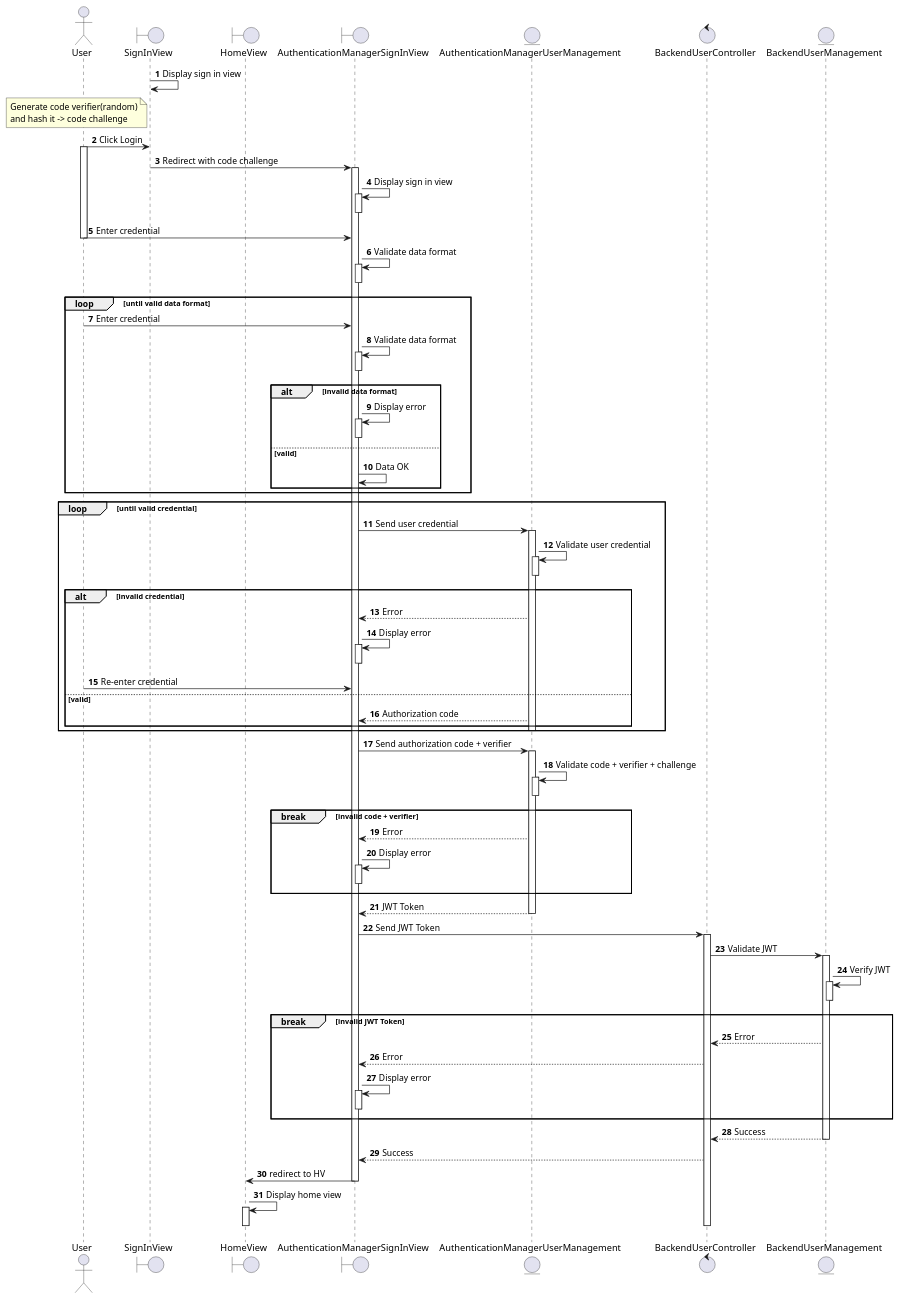
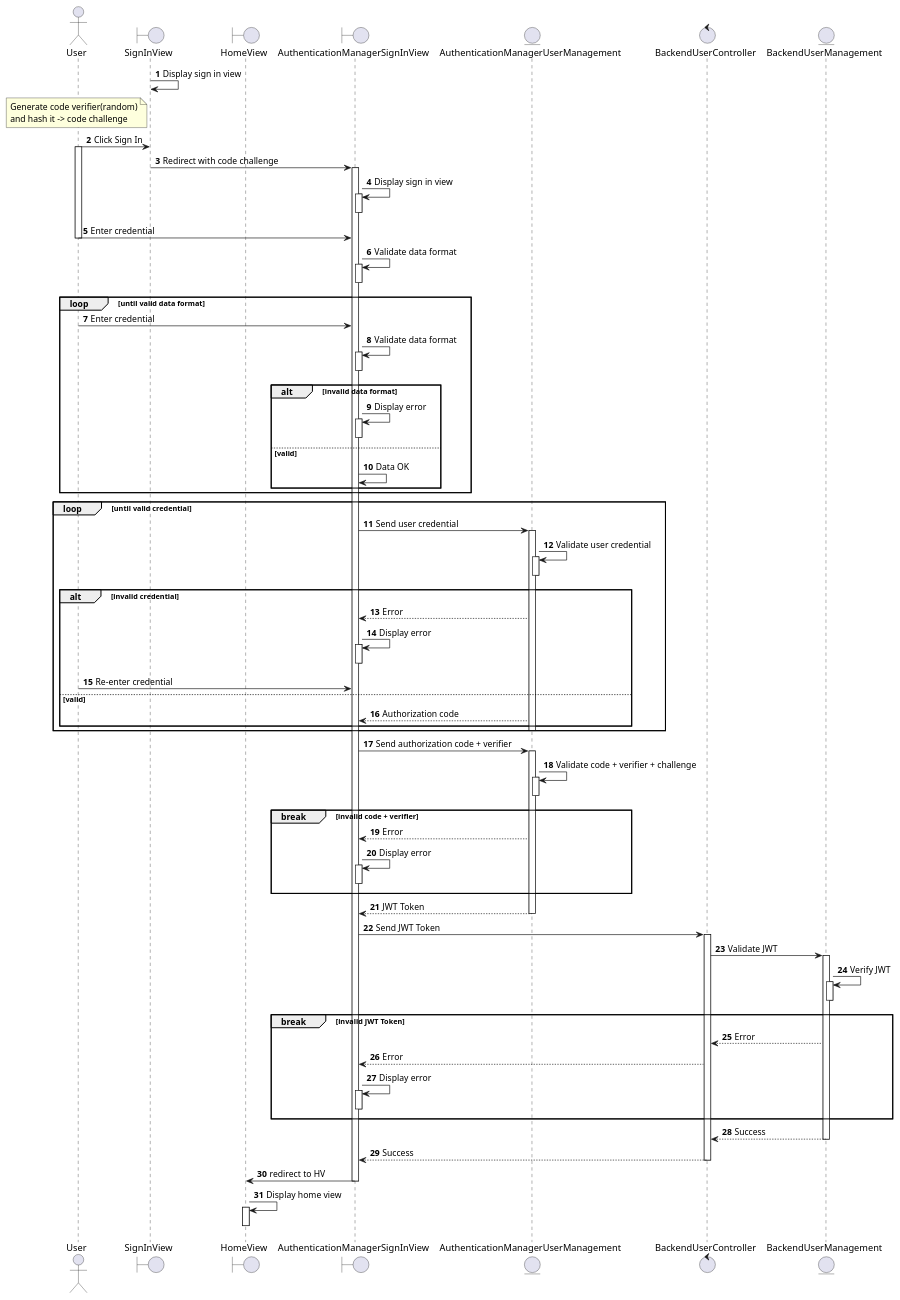
The diagram in docs/docs/sequence/auth/sign-in.md (electricilies/electricilies.github.io), drawn with PlantUML before and after one commit. The commit also changed 1 other file, not shown here.

Commit message:
fix: babe, i'm fine

````diff
--- a/docs/docs/sequence/auth/sign-in.md
+++ b/docs/docs/sequence/auth/sign-in.md
@@ -14,7 +14,7 @@
 
 SIV -> SIV: Display sign in view
 note left of SIV: Generate code verifier(random)\nand hash it -> code challenge
-U -> SIV: Click Login
+U -> SIV: Click Sign In
 activate U
 SIV -> AMSIV: Redirect with code challenge
 activate AMSIV
@@ -103,11 +103,11 @@
 BUC <-- BUM: Success
 deactivate BUM
 AMSIV <-- BUC: Success
+deactivate BUC
 HV <- AMSIV: redirect to HV
 deactivate AMSIV
 HV -> HV: Display home view
 activate HV
 deactivate HV
-deactivate BUC
 @enduml
 ```
````
